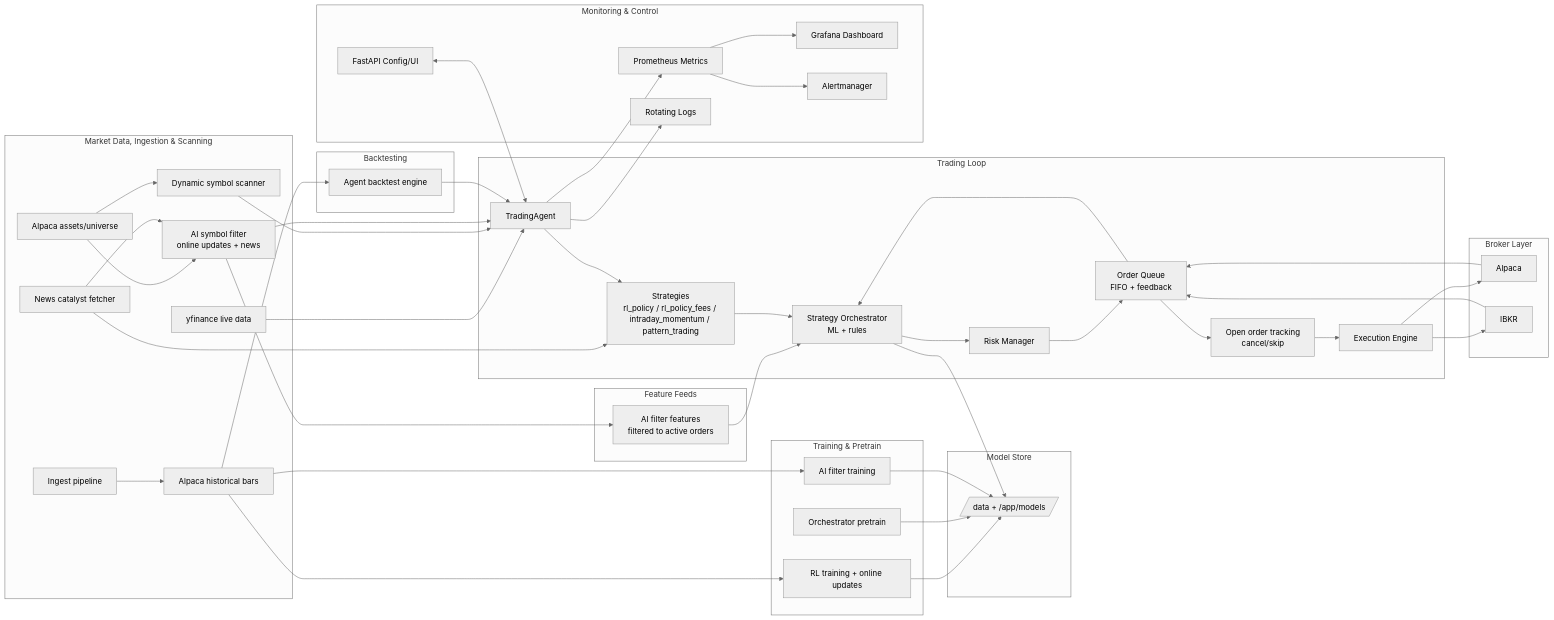
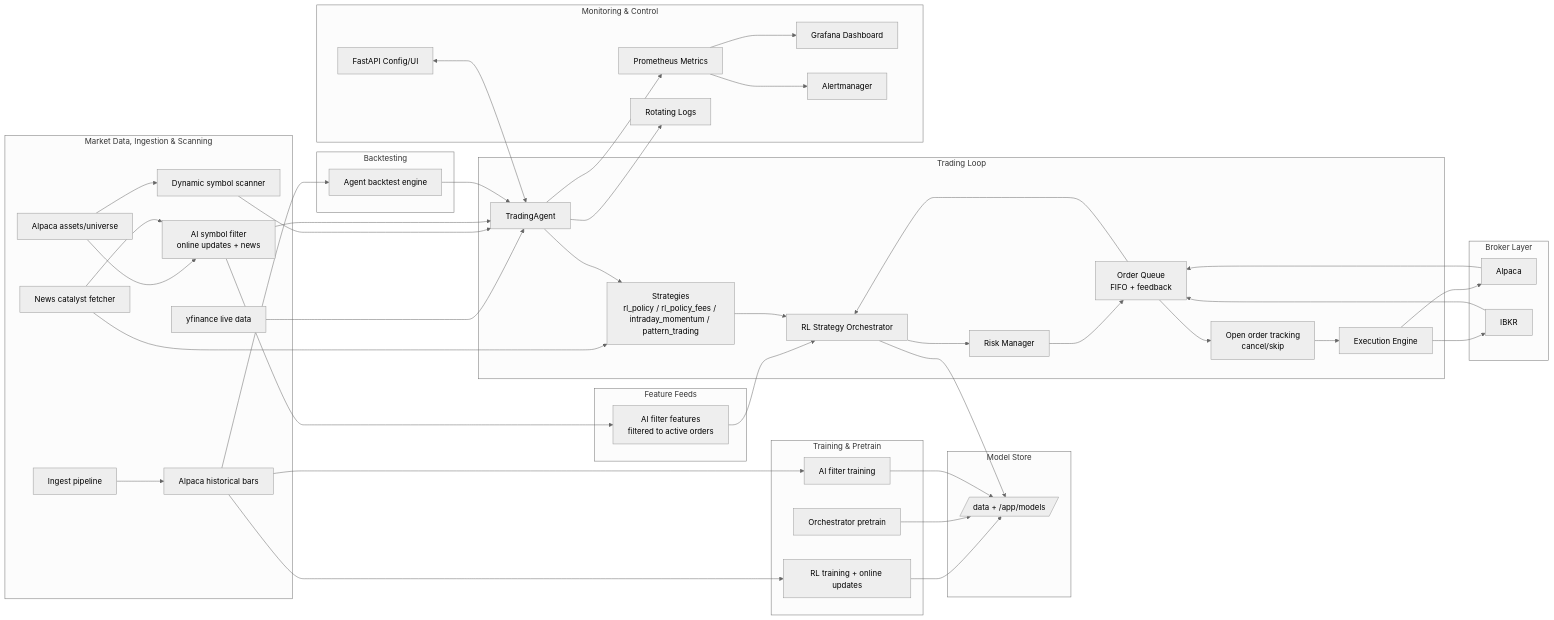
Before and after one commit to ilfrick/Fricktrade: the diagram in README.md, drawn with Mermaid (neutral theme). The commit also changed other lines of this file and 2 other files, not shown here.

````diff
--- a/README.md
+++ b/README.md
@@ -34,73 +23,73 @@
 ```mermaid
 flowchart LR
     subgraph Data["Market Data, Ingestion & Scanning"]
         YF[yfinance live data]
         AlpacaBars[Alpaca historical bars]
         AlpacaAssets[Alpaca assets/universe]
         Ingest[Ingest pipeline]
         Scan[Dynamic symbol scanner]
         AIFilter[AI symbol filter<br/>online updates + news]
         News[News catalyst fetcher]
     end
     subgraph Models["Model Store"]
         ModelStore[/data + /app/models/]
     end
     subgraph Core["Trading Loop"]
         Trader[TradingAgent]
         Strat[Strategies<br/>rl_policy / rl_policy_fees / intraday_momentum / pattern_trading]
-        Orchestrator[Strategy Orchestrator<br/>ML + rules]
+        Orchestrator[RL Strategy Orchestrator]
         Risk[Risk Manager]
         Exec[Execution Engine]
         Queue[Order Queue<br/>FIFO + feedback]
         Orders[Open order tracking<br/>cancel/skip]
     end
     subgraph Features["Feature Feeds"]
         AIFeatures[AI filter features<br/>filtered to active orders]
     end
     subgraph Training["Training & Pretrain"]
         RLTrain[RL training + online updates]
         OrchPretrain[Orchestrator pretrain]
         AIFilterTrain[AI filter training]
     end
     subgraph Backtest["Backtesting"]
         AgentBT[Agent backtest engine]
     end
     subgraph Broker["Broker Layer"]
         Alpaca[Alpaca]
         IBKR[IBKR]
     end
     subgraph Observability["Monitoring & Control"]
         Metrics[Prometheus Metrics]
         Grafana[Grafana Dashboard]
         Alerting[Alertmanager]
         API[FastAPI Config/UI]
         Logs[Rotating Logs]
     end
 
     YF --> Trader
     AlpacaBars --> RLTrain
     AlpacaBars --> AgentBT
     AlpacaBars --> AIFilterTrain
     AlpacaAssets --> Scan
     AlpacaAssets --> AIFilter
     Scan --> Trader
     AIFilter --> Trader
     AIFilter --> AIFeatures --> Orchestrator
     News --> Strat
     News --> AIFilter
     Ingest --> AlpacaBars
     RLTrain --> ModelStore
     OrchPretrain --> ModelStore
     AIFilterTrain --> ModelStore
     Trader --> Strat --> Orchestrator --> Risk --> Queue --> Orders --> Exec --> Alpaca
     Exec --> IBKR
     Alpaca --> Queue
     IBKR --> Queue
     Queue --> Orchestrator
     Orchestrator --> ModelStore
     AgentBT --> Trader
     Trader --> Metrics --> Grafana
     Metrics --> Alerting
     Trader --> Logs
     API <--> Trader
 ```
````
